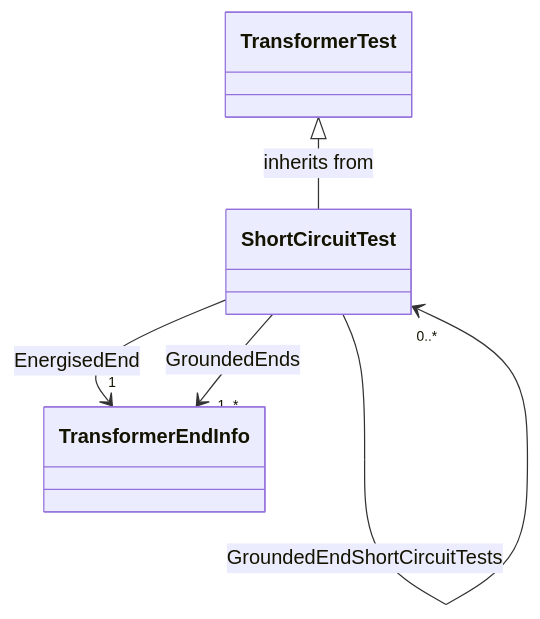
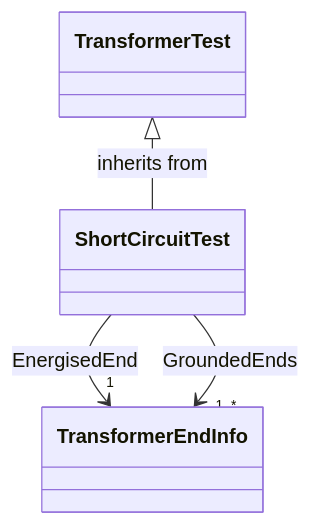
One commit to PNNL-CIM-Tools/CIM-Graph changed the fourth of 14 diagrams in cimgraph/data_profile/cim18gmdm/asset/Asset.rdfs-t2b.md. Above: the diagram before and after it, drawn with Mermaid. The commit also changed other lines of this file, not shown here.

````diff
--- a/cimgraph/data_profile/cim18gmdm/asset/Asset.rdfs-t2b.md
+++ b/cimgraph/data_profile/cim18gmdm/asset/Asset.rdfs-t2b.md
@@ -234,10 +218,8 @@
 ```mermaid
 classDiagram
 class ShortCircuitTest{
 }
 TransformerTest <|-- ShortCircuitTest : inherits from
 ShortCircuitTest --> "1" TransformerEndInfo : EnergisedEnd
 ShortCircuitTest --> "1..*" TransformerEndInfo : GroundedEnds
-ShortCircuitTest --> "0..*" ShortCircuitTest : EnergisedEndShortCircuitTests
-ShortCircuitTest --> "0..*" ShortCircuitTest : GroundedEndShortCircuitTests
 ```
````
